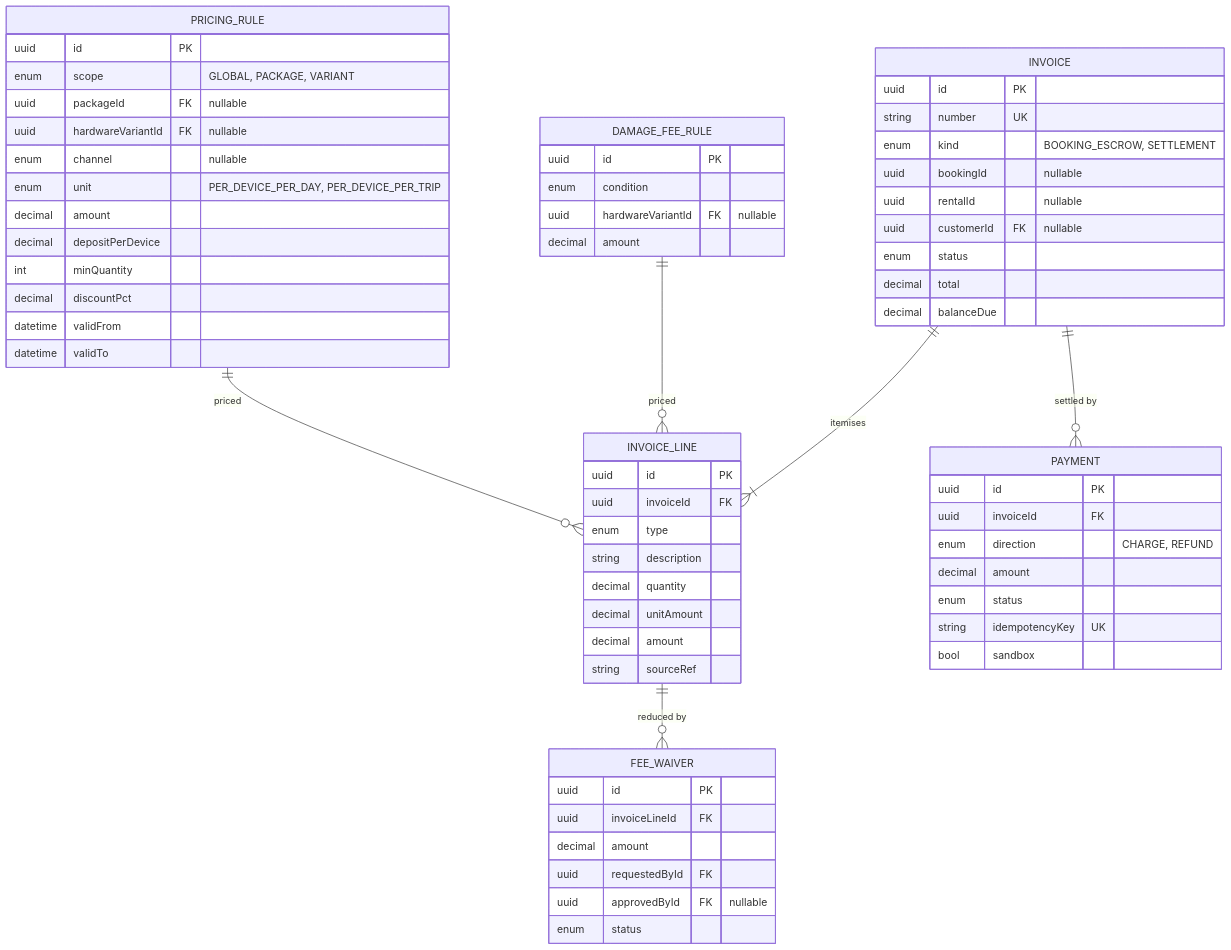
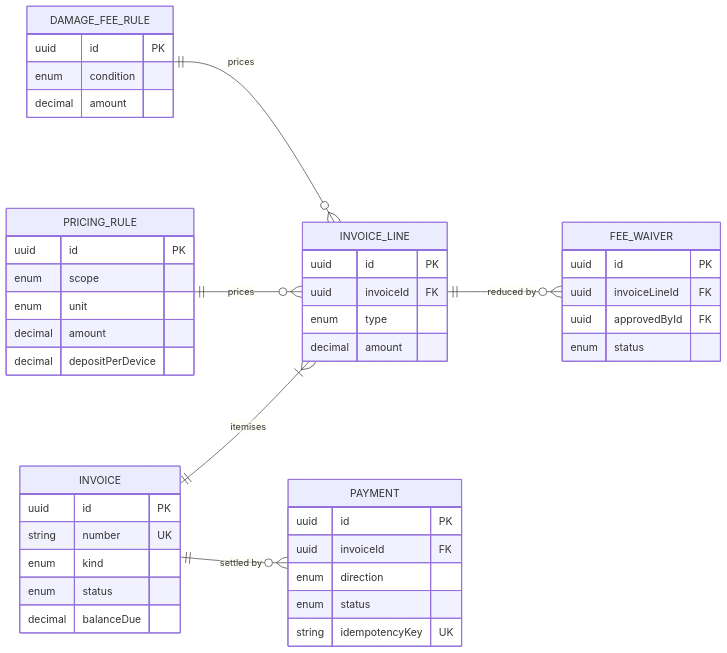
Before and after one commit to TrekLink-Team/treklink-web: the ninth of 11 diagrams in specs/platform/design.md, drawn with Mermaid. The commit also changed other lines of this file and 30 other files, not shown here.

````diff
--- a/specs/platform/design.md
+++ b/specs/platform/design.md
@@ -422,66 +399,47 @@
 ```mermaid
 erDiagram
+    direction LR
     PRICING_RULE {
         uuid id PK
-        enum scope "GLOBAL, PACKAGE, VARIANT"
-        uuid packageId FK "nullable"
-        uuid hardwareVariantId FK "nullable"
-        enum channel "nullable"
-        enum unit "PER_DEVICE_PER_DAY, PER_DEVICE_PER_TRIP"
+        enum scope
+        enum unit
         decimal amount
         decimal depositPerDevice
-        int minQuantity
-        decimal discountPct
-        datetime validFrom
-        datetime validTo
     }
     DAMAGE_FEE_RULE {
         uuid id PK
         enum condition
-        uuid hardwareVariantId FK "nullable"
         decimal amount
     }
     INVOICE {
         uuid id PK
         string number UK
-        enum kind "BOOKING_ESCROW, SETTLEMENT"
-        uuid bookingId "nullable"
-        uuid rentalId "nullable"
-        uuid customerId FK "nullable"
+        enum kind
         enum status
-        decimal total
         decimal balanceDue
     }
     INVOICE_LINE {
         uuid id PK
         uuid invoiceId FK
         enum type
-        string description
-        decimal quantity
-        decimal unitAmount
         decimal amount
-        string sourceRef
     }
     PAYMENT {
         uuid id PK
         uuid invoiceId FK
-        enum direction "CHARGE, REFUND"
-        decimal amount
+        enum direction
         enum status
         string idempotencyKey UK
-        bool sandbox
     }
     FEE_WAIVER {
         uuid id PK
         uuid invoiceLineId FK
-        decimal amount
-        uuid requestedById FK
-        uuid approvedById FK "nullable"
+        uuid approvedById FK
         enum status
     }
-    PRICING_RULE ||--o{ INVOICE_LINE : "priced"
-    DAMAGE_FEE_RULE ||--o{ INVOICE_LINE : "priced"
     INVOICE ||--|{ INVOICE_LINE : "itemises"
+    PRICING_RULE ||--o{ INVOICE_LINE : "prices"
+    DAMAGE_FEE_RULE ||--o{ INVOICE_LINE : "prices"
     INVOICE ||--o{ PAYMENT : "settled by"
     INVOICE_LINE ||--o{ FEE_WAIVER : "reduced by"
 ```
````
